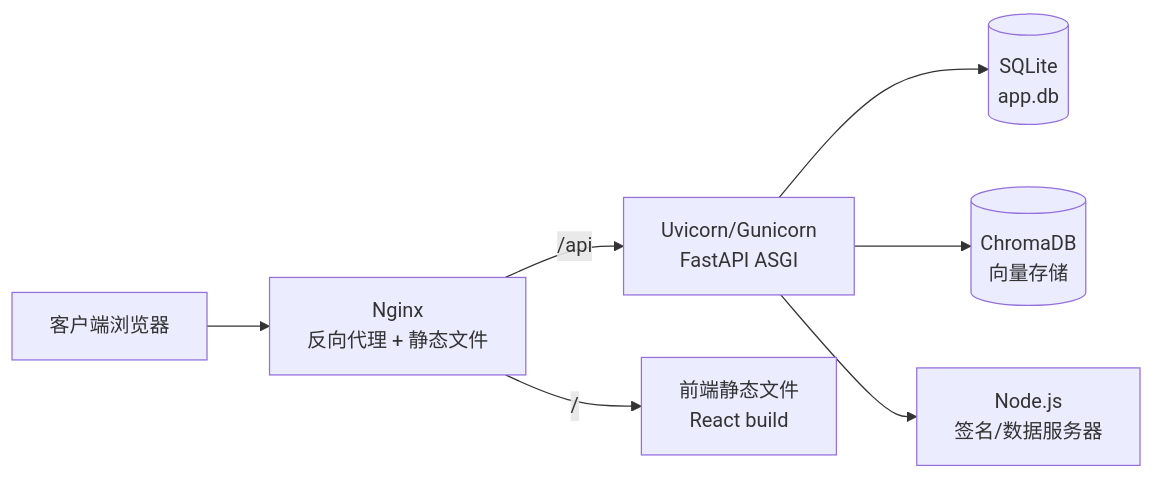
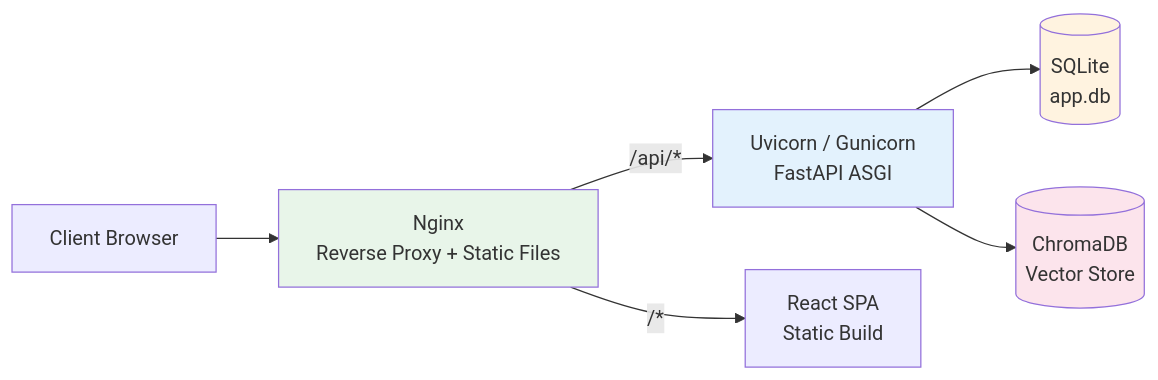
Before and after one commit to XUranus/dungeon: the diagram in docs/docs/advanced/deployment.mdx, drawn with Mermaid. The commit also changed other lines of this file and 75 other files, not shown here.

````diff
--- a/docs/docs/advanced/deployment.mdx
+++ b/docs/docs/advanced/deployment.mdx
@@ -14,9 +14,13 @@
 ```mermaid
 flowchart LR
-    Client[客户端浏览器] --> Nginx[Nginx<br/>反向代理 + 静态文件]
-    Nginx -->|/api| Backend[Uvicorn/Gunicorn<br/>FastAPI ASGI]
-    Nginx -->|/| Frontend[前端静态文件<br/>React build]
+    Client[Client Browser] --> Nginx[Nginx<br/>Reverse Proxy + Static Files]
+    Nginx -->|/api/*| Backend[Uvicorn / Gunicorn<br/>FastAPI ASGI]
+    Nginx -->|/*| Frontend[React SPA<br/>Static Build]
     Backend --> SQLite[(SQLite<br/>app.db)]
-    Backend --> Chroma[(ChromaDB<br/>向量存储)]
-    Backend --> SignServer[Node.js<br/>签名/数据服务器]
+    Backend --> Chroma[(ChromaDB<br/>Vector Store)]
+
+    style Nginx fill:#e8f5e9
+    style Backend fill:#e3f2fd
+    style SQLite fill:#fff3e0
+    style Chroma fill:#fce4ec
 ```
````
